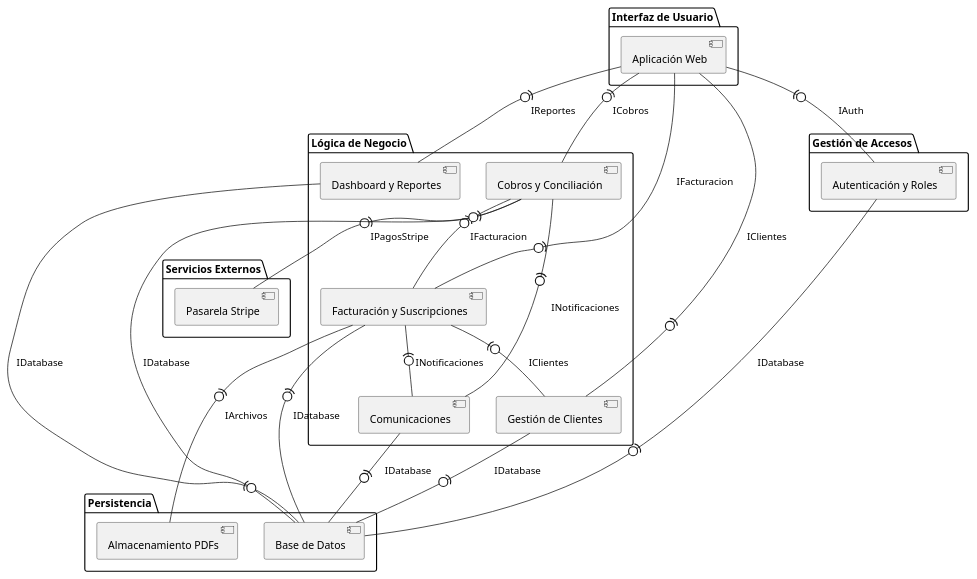
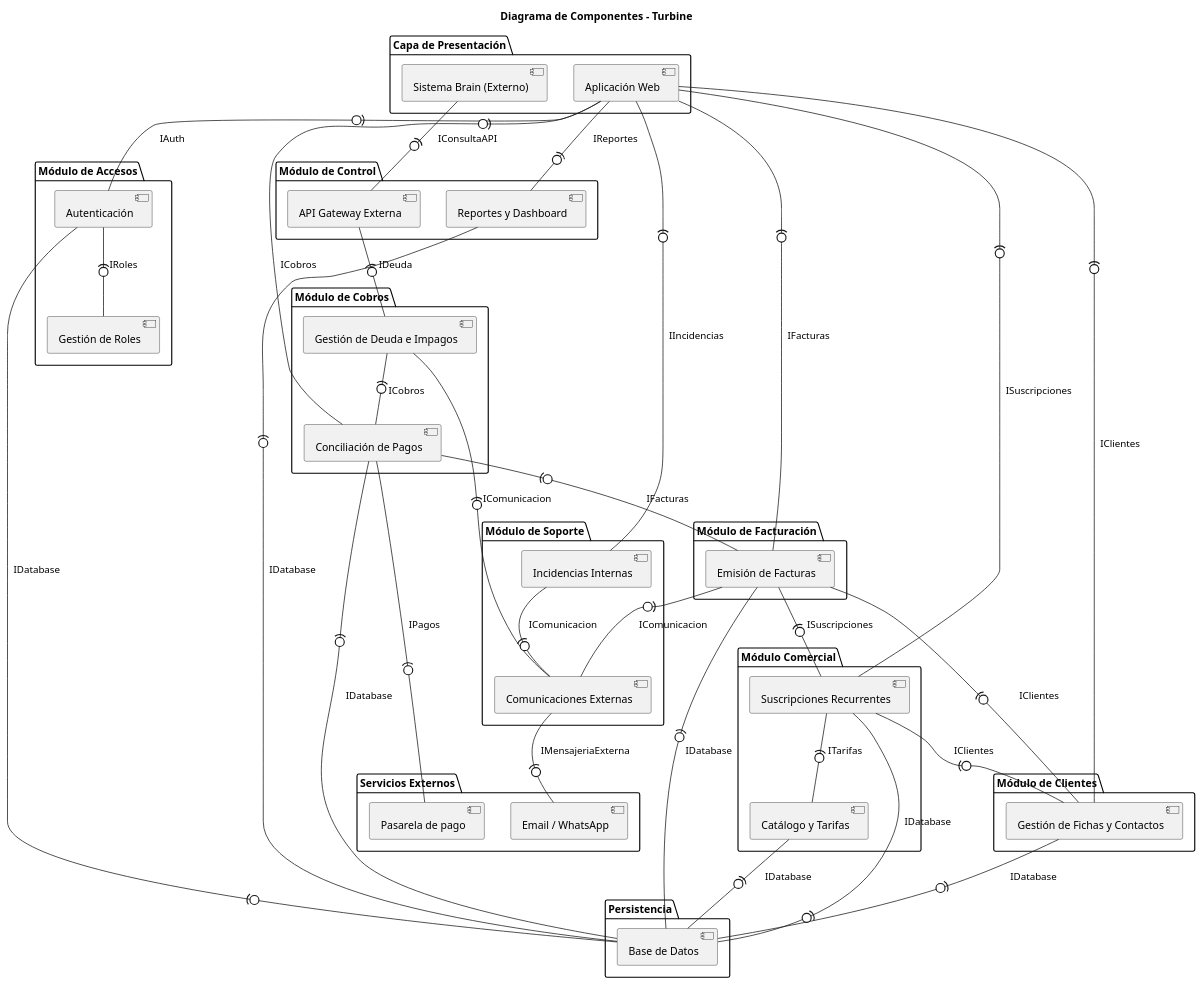
One commit to Daniii004/Grupo-Leibniz changed the diagram in Entrega 2/Diagrama de componentes/DiagramaComponentes.puml. Above: the diagram before and after it, drawn with PlantUML. The commit also changed 1 other file, not shown here.

Commit message:
Modificado Diagrama de componentes
Añadido además algunas indicaciones para entender el porqué de algunas decisiones

```diff
--- a/Entrega 2/Diagrama de componentes/DiagramaComponentes.puml
+++ b/Entrega 2/Diagrama de componentes/DiagramaComponentes.puml
@@ -1,53 +1,99 @@
 @startuml
-package "Interfaz de Usuario" {
+
+title Diagrama de Componentes - Turbine
+
+package "Capa de Presentación" {
     [Aplicación Web] as web
+    [Sistema Brain (Externo)] as brain
 }
 
-package "Gestión de Accesos" {
-    [Autenticación y Roles] as auth
+package "Módulo de Accesos" {
+    [Autenticación] as auth
+    [Gestión de Roles] as roles
 }
 
-package "Lógica de Negocio" {
-    [Gestión de Clientes] as clientes
-    [Facturación y Suscripciones] as fact
-    [Cobros y Conciliación] as cobros
-    [Comunicaciones] as notif
-    [Dashboard y Reportes] as reportes
+package "Módulo de Clientes" {
+    [Gestión de Fichas y Contactos] as clientes
+}
+
+package "Módulo Comercial" {
+    [Catálogo y Tarifas] as tarifas
+    [Suscripciones Recurrentes] as suscripciones
+}
+
+package "Módulo de Facturación" {
+    [Emisión de Facturas] as facturas
+}
+
+package "Módulo de Cobros" {
+    [Conciliación de Pagos] as cobros
+    [Gestión de Deuda e Impagos] as deuda
+}
+
+package "Módulo de Soporte" {
+    [Comunicaciones Externas] as comunicacion
+    [Incidencias Internas] as incidencias
+}
+
+package "Módulo de Control" {
+    [Reportes y Dashboard] as reportes
+    [API Gateway Externa] as api
 }
 
 package "Persistencia" {
-    [Base de Datos] as database
-    [Almacenamiento PDFs] as files
+    [Base de Datos] as db
 }
 
 package "Servicios Externos" {
-    [Pasarela Stripe] as stripe
+    [Pasarela de pago] as stripe
+    [Email / WhatsApp] as mail
 }
 
-' Conexiones desde la interfaz web a los módulos del backend
+' --- Conexiones de Frontend ---
 web -(0- auth : IAuth
 web -(0- clientes : IClientes
-web -(0- fact : IFacturacion
+web -(0- facturas : IFacturas
+web -(0- suscripciones : ISuscripciones
 web -(0- cobros : ICobros
 web -(0- reportes : IReportes
+web -(0- incidencias : IIncidencias
 
-' Conexiones internas de lógica de negocio
-fact -(0- clientes : IClientes
-cobros -(0- fact : IFacturacion
-fact -(0- notif : INotificaciones
-cobros -(0- notif : INotificaciones
+' --- Conexiones de la API ---
+brain -(0- api : IConsultaAPI
+api -(0- deuda : IDeuda
 
-' Conexiones a servicios externos
-cobros -(0- stripe : IPagosStripe
+' --- Conexiones Internas de Negocio ---
+' Seguridad
+auth -(0- roles : IRoles
 
-' Conexiones a persistencia (Base de Datos)
-auth -(0- database : IDatabase
-clientes -(0- database : IDatabase
-fact -(0- database : IDatabase
-cobros -(0- database : IDatabase
-reportes -(0- database : IDatabase
-notif -(0- database : IDatabase
+' Comercial
+suscripciones -(0- tarifas : ITarifas
+suscripciones -(0- clientes : IClientes
 
-' Conexiones a persistencia (Archivos)
-fact -(0- files : IArchivos
+' Facturación 
+facturas -(0- clientes : IClientes
+facturas -(0- suscripciones : ISuscripciones
+
+' Cobros y Deuda
+cobros -(0- facturas : IFacturas
+deuda -(0- cobros : ICobros
+
+' Notificaciones y Soporte
+facturas -(0- comunicacion : IComunicacion
+deuda -(0- comunicacion : IComunicacion
+incidencias -(0- comunicacion : IComunicacion
+
+' --- Conexiones a Persistencia ---
+auth -(0- db : IDatabase
+clientes -(0- db : IDatabase
+tarifas -(0- db : IDatabase
+suscripciones -(0- db : IDatabase
+facturas -(0- db : IDatabase
+cobros -(0- db : IDatabase
+reportes -(0- db : IDatabase
+
+' --- Conexiones a Servicios Externos ---
+cobros -(0- stripe : IPagos
+comunicacion -(0- mail : IMensajeriaExterna
+
 @enduml
```
